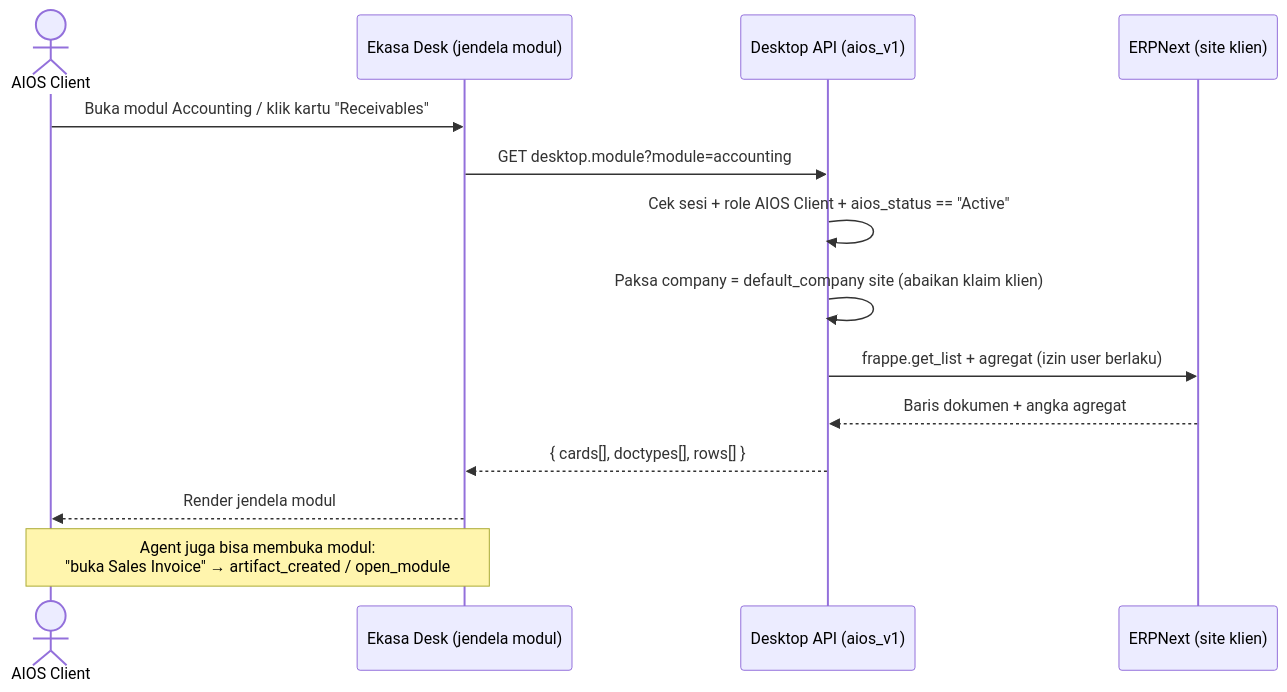
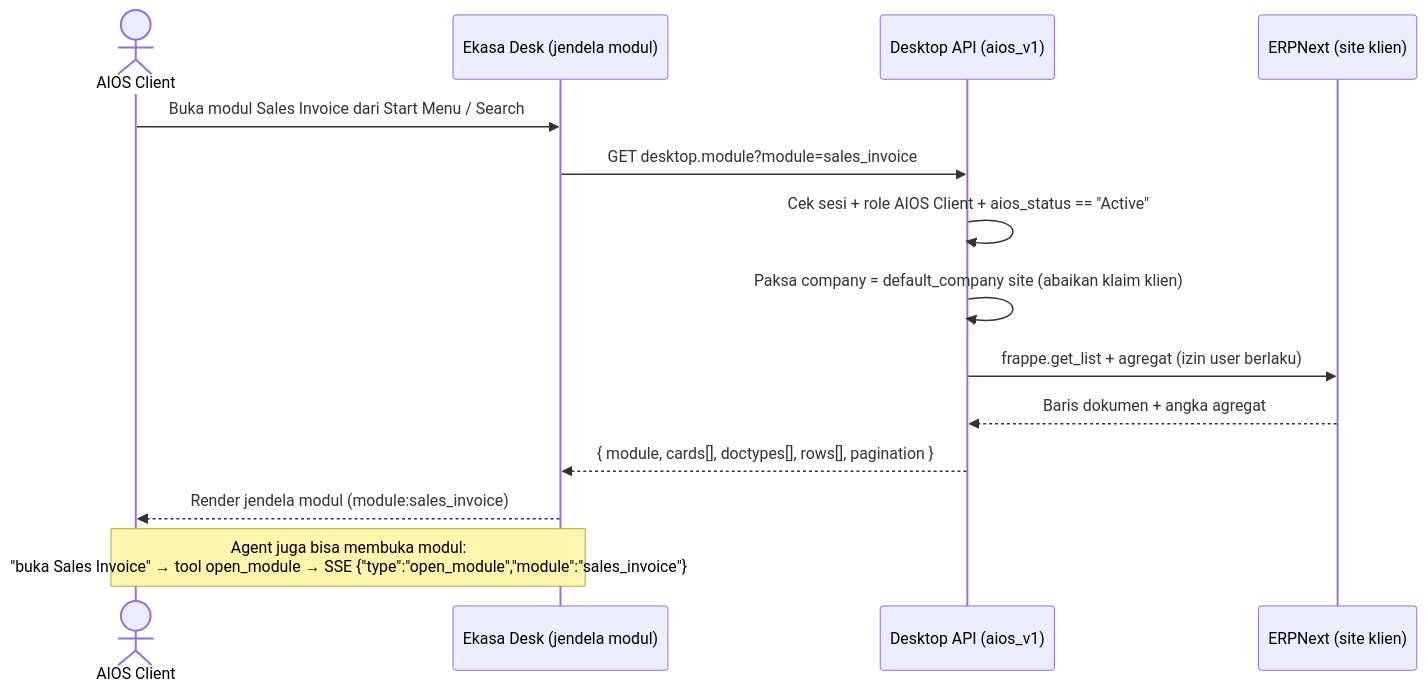
Before and after one commit to Tenshi1308/aios-frappe-16: the eighth of 8 diagrams in docs/04-alur-kerja-sistem.md, drawn with Mermaid. The commit also changed other lines of this file and 3 other files, not shown here.

Commit message:
docs(desk): record module API and windows

````diff
--- a/docs/04-alur-kerja-sistem.md
+++ b/docs/04-alur-kerja-sistem.md
@@ -352,18 +352,18 @@
 ```mermaid
 sequenceDiagram
     actor Client as AIOS Client
     participant Desk as Ekasa Desk (jendela modul)
     participant API as Desktop API (aios_v1)
     participant ERP as ERPNext (site klien)
 
-    Client->>Desk: Buka modul Accounting / klik kartu "Receivables"
-    Desk->>API: GET desktop.module?module=accounting
+    Client->>Desk: Buka modul Sales Invoice dari Start Menu / Search
+    Desk->>API: GET desktop.module?module=sales_invoice
     API->>API: Cek sesi + role AIOS Client + aios_status == "Active"
     API->>API: Paksa company = default_company site (abaikan klaim klien)
     API->>ERP: frappe.get_list + agregat (izin user berlaku)
     ERP-->>API: Baris dokumen + angka agregat
-    API-->>Desk: { cards[], doctypes[], rows[] }
-    Desk-->>Client: Render jendela modul
+    API-->>Desk: { module, cards[], doctypes[], rows[], pagination }
+    Desk-->>Client: Render jendela modul (module:sales_invoice)
 
-    Note over Client,Desk: Agent juga bisa membuka modul:<br/>"buka Sales Invoice" → artifact_created / open_module
+    Note over Client,Desk: Agent juga bisa membuka modul:<br/>"buka Sales Invoice" → tool open_module → SSE {"type":"open_module","module":"sales_invoice"}
 ```
````
